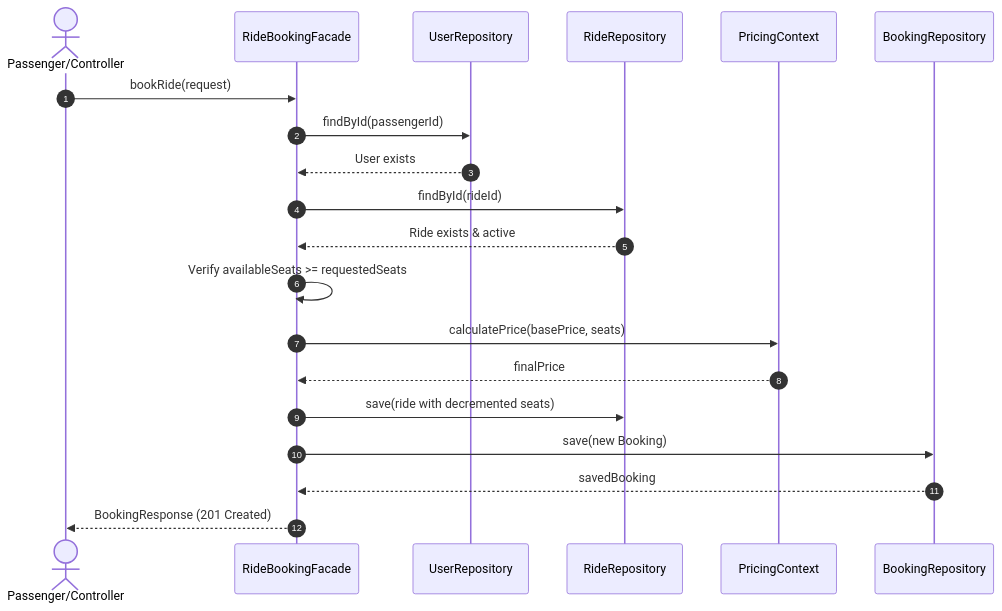
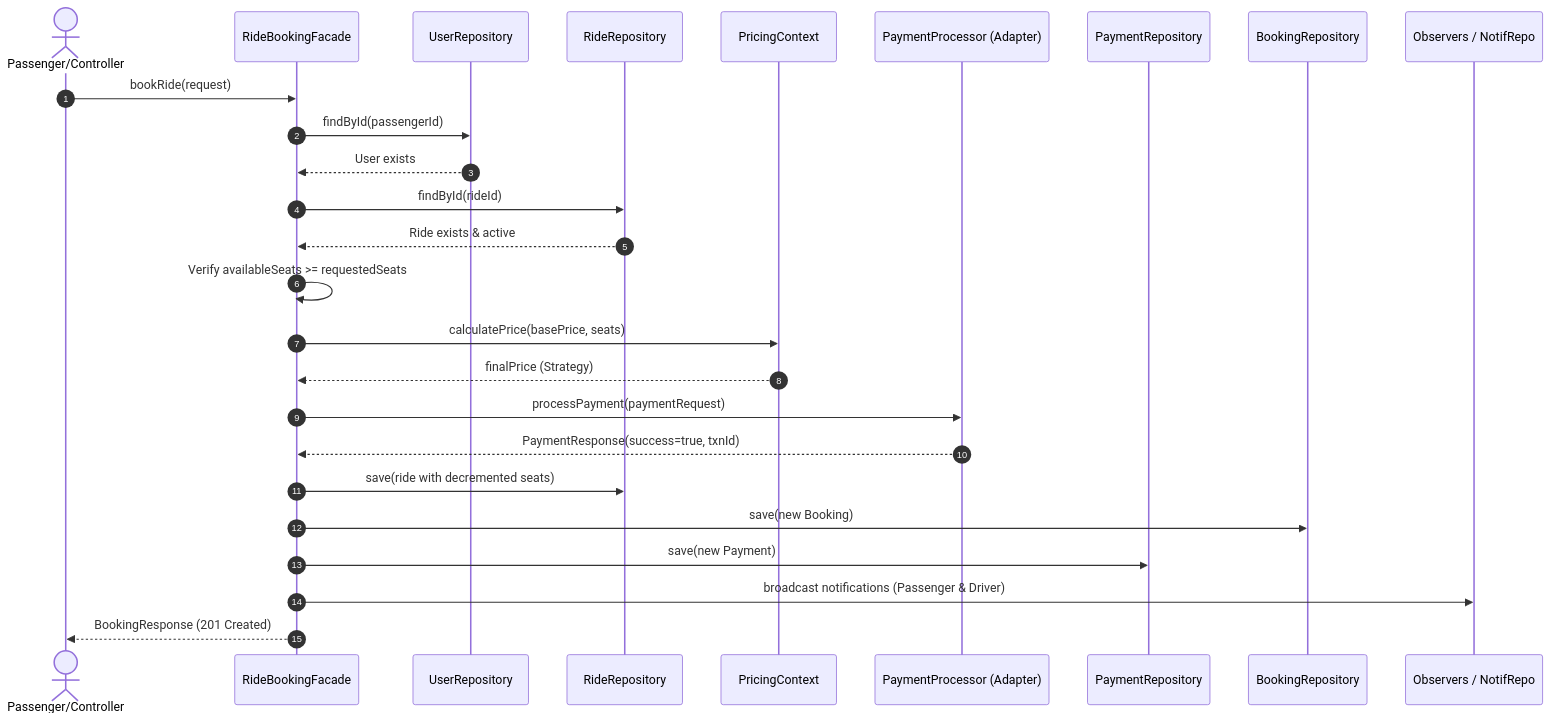
One commit to jjvk333-cloud/Ride-Sharing-System changed the fourth of 8 diagrams in documentation/DESIGN_PATTERNS.md. Above: the diagram before and after it, drawn with Mermaid. The commit also changed other lines of this file and 24 other files, not shown here.

Commit message:
feat: complete production-grade overhaul - RideBuilder, Facade-Payment-Observer integration, Spring Security RBAC, 53 tests

````diff
--- a/documentation/DESIGN_PATTERNS.md
+++ b/documentation/DESIGN_PATTERNS.md
@@ -180,23 +187,29 @@
 ```mermaid
 sequenceDiagram
     autonumber
     actor Client as Passenger/Controller
     participant Facade as RideBookingFacade
     participant UserRepo as UserRepository
     participant RideRepo as RideRepository
     participant PricingCtx as PricingContext
+    participant PayAdapter as PaymentProcessor (Adapter)
+    participant PayRepo as PaymentRepository
     participant BookRepo as BookingRepository
+    participant Observer as Observers / NotifRepo
 
     Client->>Facade: bookRide(request)
     Facade->>UserRepo: findById(passengerId)
     UserRepo-->>Facade: User exists
     Facade->>RideRepo: findById(rideId)
     RideRepo-->>Facade: Ride exists & active
     Facade->>Facade: Verify availableSeats >= requestedSeats
     Facade->>PricingCtx: calculatePrice(basePrice, seats)
-    PricingCtx-->>Facade: finalPrice
+    PricingCtx-->>Facade: finalPrice (Strategy)
+    Facade->>PayAdapter: processPayment(paymentRequest)
+    PayAdapter-->>Facade: PaymentResponse(success=true, txnId)
     Facade->>RideRepo: save(ride with decremented seats)
     Facade->>BookRepo: save(new Booking)
-    BookRepo-->>Facade: savedBooking
+    Facade->>PayRepo: save(new Payment)
+    Facade->>Observer: broadcast notifications (Passenger & Driver)
     Facade-->>Client: BookingResponse (201 Created)
 ```
````
